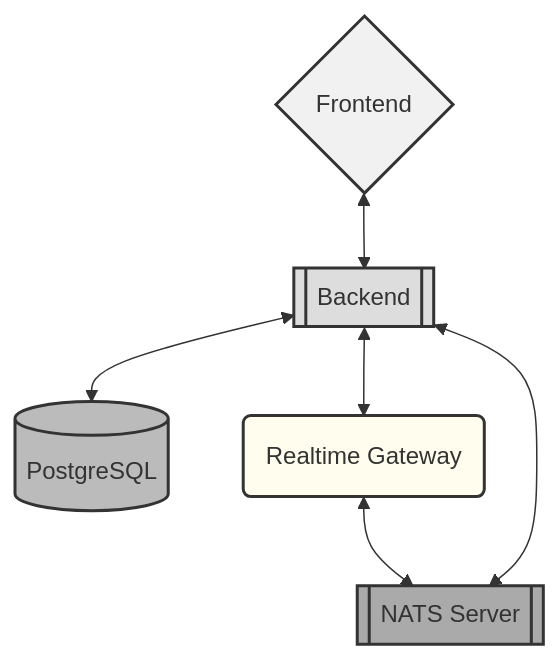
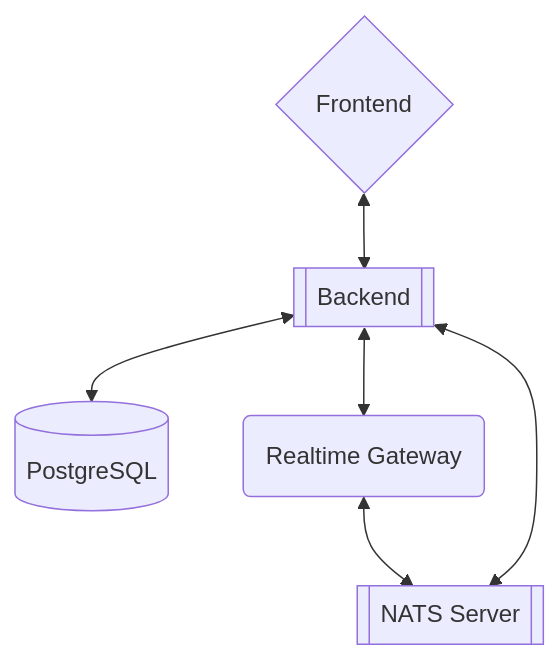
Before and after one commit to clxrityy/daily-set: the diagram in README.md, drawn with Mermaid.

````diff
--- a/README.md
+++ b/README.md
@@ -33,13 +33,8 @@
 ```mermaid
 flowchart TD
     A{Frontend} <--> B[[Backend]]
     B <--> C[(PostgreSQL)]
     B <--> D(Realtime Gateway)
     D <--> E[[NATS Server]]
     E <--> B
-    style A fill:#f1f1f1,stroke:#333,stroke-width:2px
-    style B fill:#dddddd,stroke:#333,stroke-width:2px
-    style C fill:#bbbbbb,stroke:#333,stroke-width:2px
-    style D fill:#fffeee,stroke:#333,stroke-width:2px
-    style E fill:#aaaaaa,stroke:#333,stroke-width:2px
 ```
````
